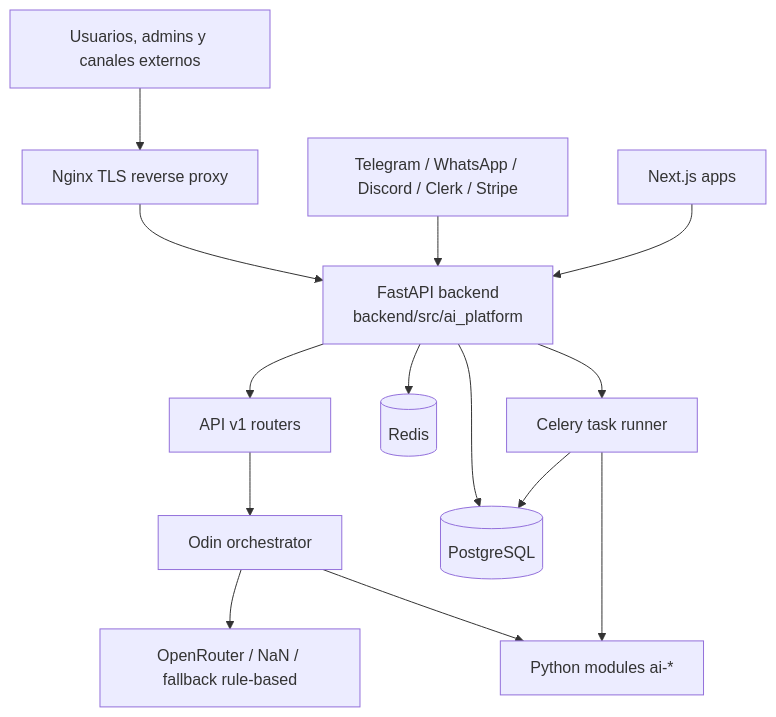
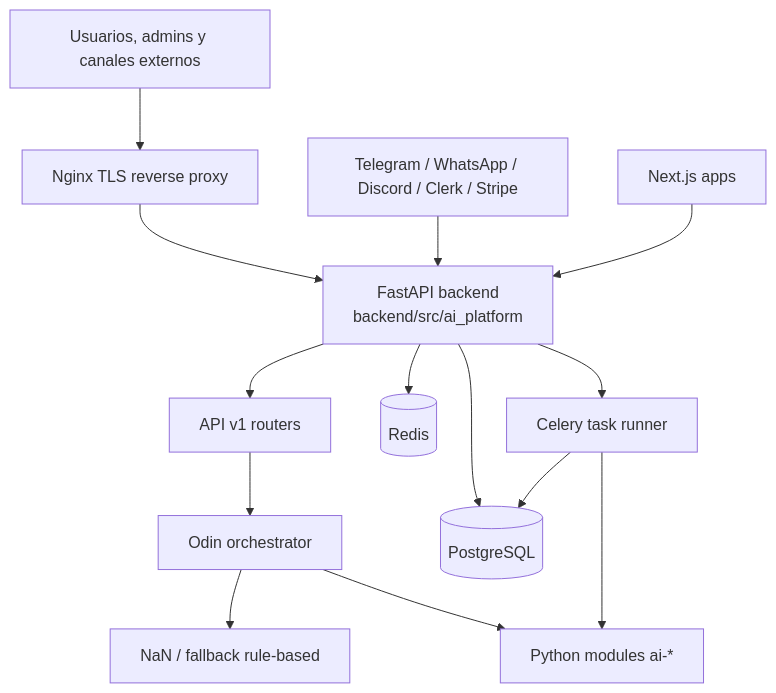
One commit to Jemadiar1/ai-platform changed the diagram in docs/architecture.md. Above: the diagram before and after it, drawn with Mermaid. The commit also changed 2 other files, not shown here.

Commit message:
docs: actualizar documentación post-cleanup Clerk/Stripe
- architecture.md: diagrama LLM pasa de 'OpenRouter / NaN' a 'NaN'
- development.md: limpiar brechas documentadas que ya no aplica
- nuevo reporte: docs/reports/2026-07-14-clerk-stripe-cleanup.md

````diff
--- a/docs/architecture.md
+++ b/docs/architecture.md
@@ -18,16 +18,16 @@
 ```mermaid
 flowchart TD
     U[Usuarios, admins y canales externos] --> NGINX[Nginx TLS reverse proxy]
     NGINX --> API[FastAPI backend<br/>backend/src/ai_platform]
     API --> ROUTERS[API v1 routers]
     ROUTERS --> Odin[Odin orchestrator]
-    Odin --> LLM[OpenRouter / NaN / fallback rule-based]
+        Odin --> LLM[NaN / fallback rule-based]
     Odin --> MODS[Python modules ai-*]
     API --> DB[(PostgreSQL)]
     API --> REDIS[(Redis)]
     API --> CELERY[Celery task runner]
     CELERY --> MODS
     CELERY --> DB
     CHANNELS[Telegram / WhatsApp / Discord / Clerk / Stripe] --> API
     APPS[Next.js apps] --> API
 ```
````
